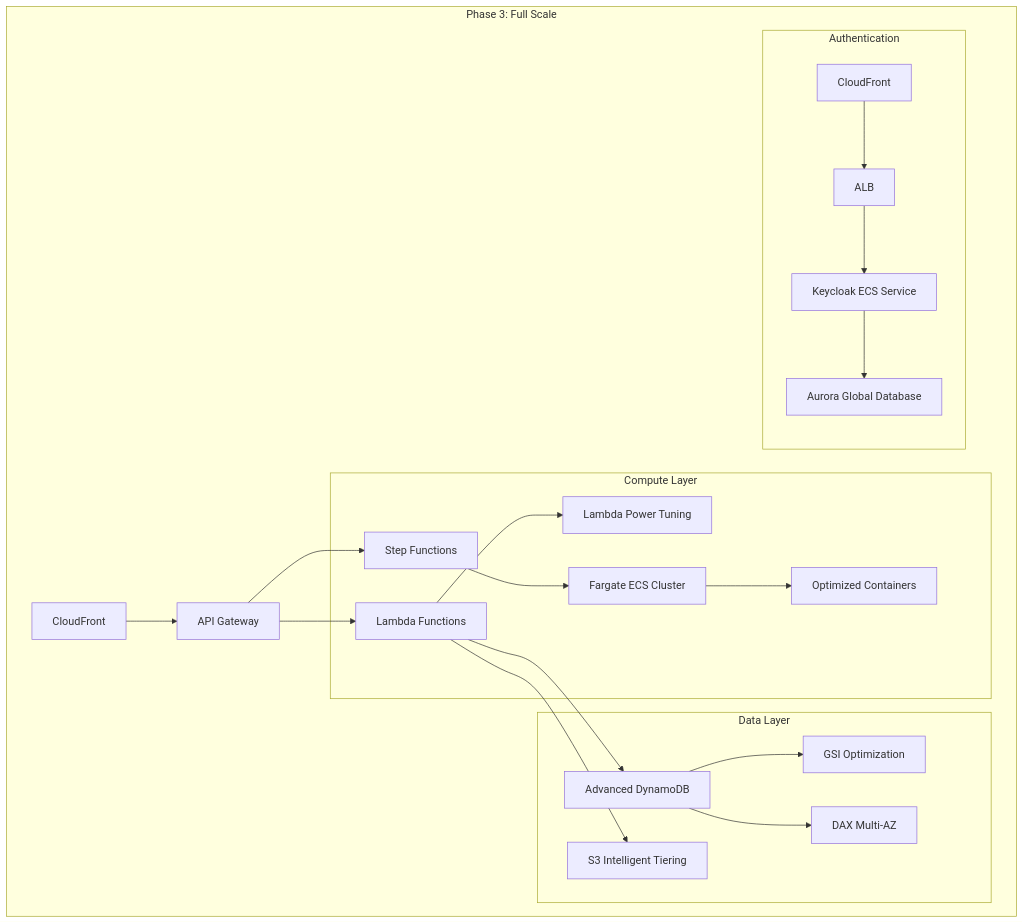
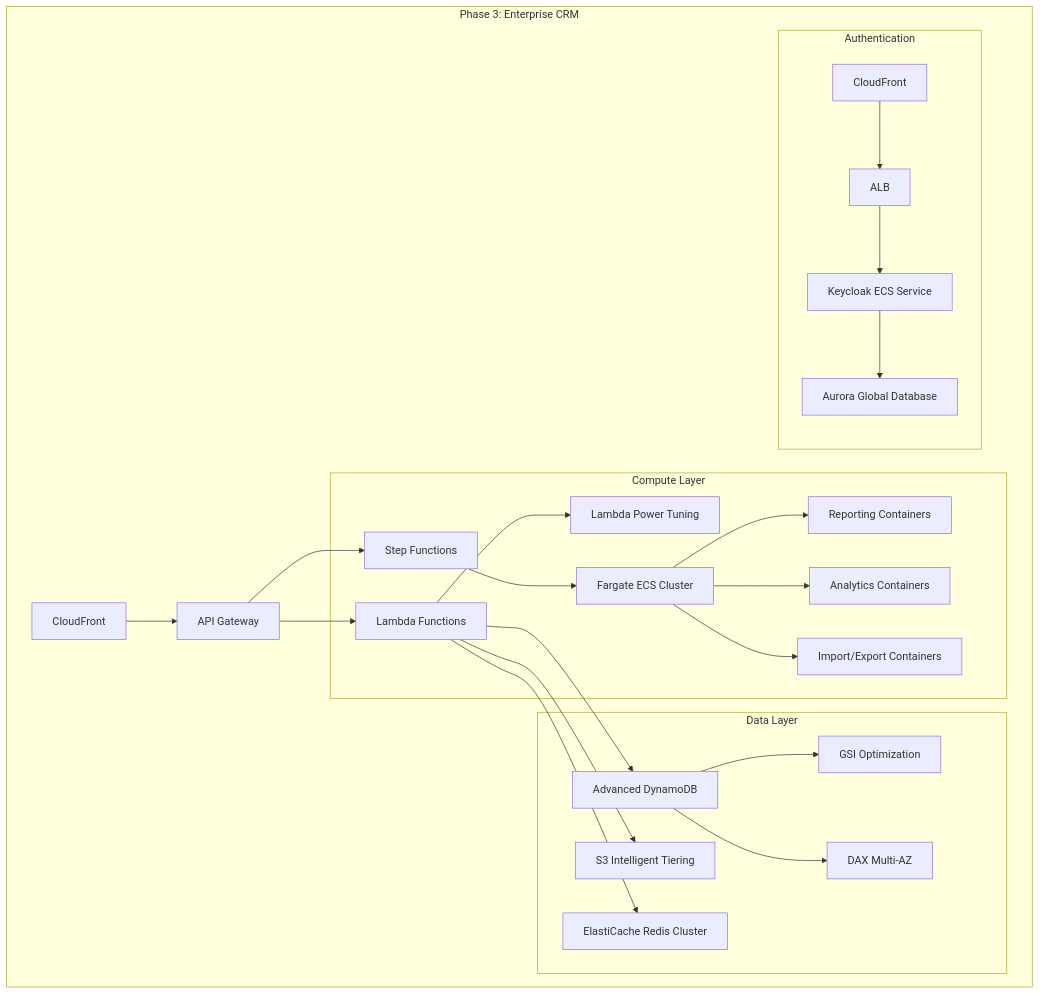
The sixth of 12 diagrams in architecture/scaling.md (philkunz/fargate), drawn with Mermaid before and after one commit. The commit also changed other lines of this file and 11 other files, not shown here.

Commit message:
feat(documentation): Revamp Zebros CRM serverless architecture documentation with updated diagrams, expanded API, authentication, long-running tasks, data storage, and scaling details

````diff
--- a/architecture/scaling.md
+++ b/architecture/scaling.md
@@ -102,27 +135,30 @@
 ```mermaid
 flowchart TD
-    subgraph "Phase 3: Full Scale"
+    subgraph "Phase 3: Enterprise CRM"
         APICloudFront[CloudFront] --> APIGW[API Gateway]
         APIGW --> Lambda[Lambda Functions]
         APIGW --> StepF[Step Functions]
         
         subgraph "Compute Layer"
             Lambda --> LambdaPower[Lambda Power Tuning]
             StepF --> FargateECS[Fargate ECS Cluster]
-            FargateECS --> ContainerOptimization[Optimized Containers]
+            FargateECS --> ReportingContainers[Reporting Containers]
+            FargateECS --> AnalyticsContainers[Analytics Containers]
+            FargateECS --> ImportExportContainers[Import/Export Containers]
         end
         
         subgraph "Data Layer"
             Lambda --> DDBAdvanced[Advanced DynamoDB]
             DDBAdvanced --> GSIOptimization[GSI Optimization]
             DDBAdvanced --> DAXMultiAZ[DAX Multi-AZ]
             Lambda --> S3Intelligent[S3 Intelligent Tiering]
+            Lambda --> Redis[ElastiCache Redis Cluster]
         end
         
         subgraph "Authentication"
             AuthCloudFront[CloudFront] --> AuthALB[ALB]
             AuthALB --> KeycloakECS[Keycloak ECS Service]
             KeycloakECS --> AuroraGlobal[Aurora Global Database]
         end
     end
 ```
````
